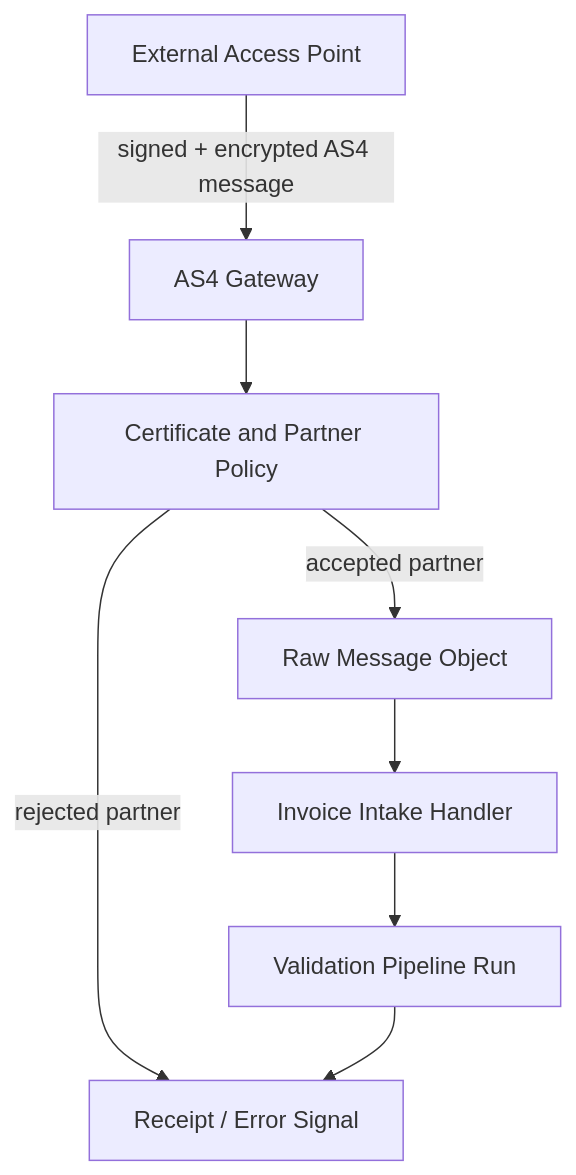
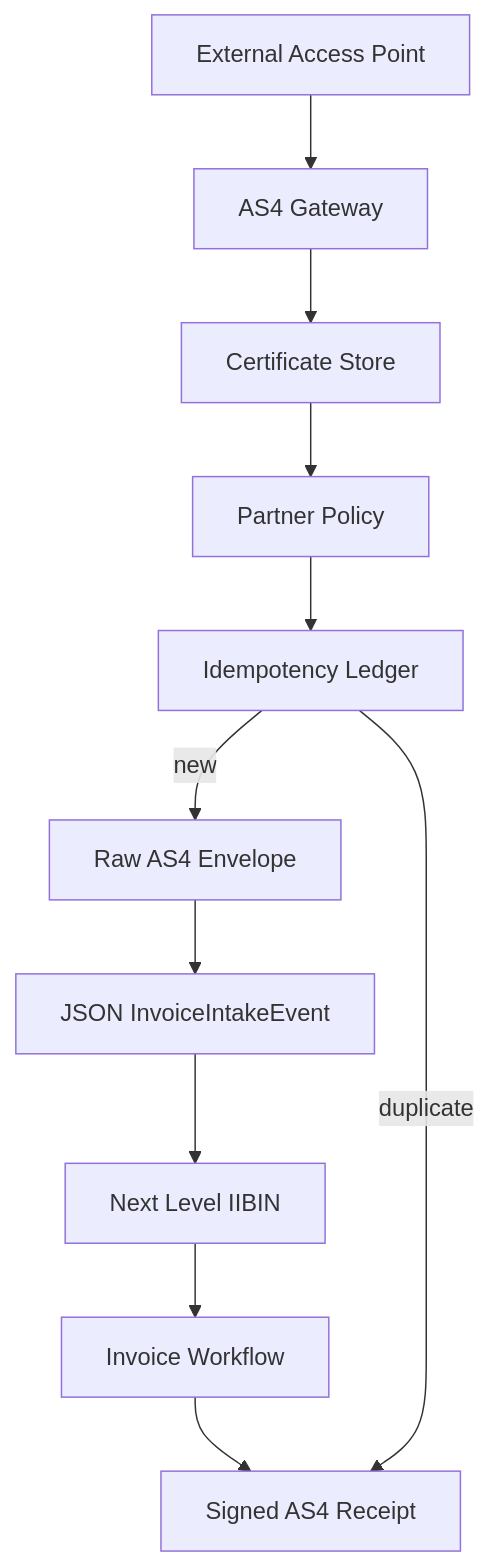
Before and after one commit to Intelligent-Intern/king: the third of 12 diagrams in docs/e-invoicing-commerce-platform.md, drawn with Mermaid. The commit also changed other lines of this file and 67 other files, not shown here.

````diff
--- a/docs/e-invoicing-commerce-platform.md
+++ b/docs/e-invoicing-commerce-platform.md
@@ -96,18 +127,18 @@
 ```mermaid
 flowchart TB
     AP[External Access Point]
-    AS4[AS4 Gateway]
-    Auth[Certificate and Partner Policy]
-    Raw[Raw Message Object]
-    Intake[Invoice Intake Handler]
-    Ack[Receipt / Error Signal]
-    Queue[Validation Pipeline Run]
+    Gateway[AS4 Gateway]
+    Certs[Certificate Store]
+    Policy[Partner Policy]
+    Idem[Idempotency Ledger]
+    Raw[Raw AS4 Envelope]
+    Json[JSON InvoiceIntakeEvent]
+    Iibin[Next Level IIBIN]
+    Workflow[Invoice Workflow]
+    Receipt[Signed AS4 Receipt]
 
-    AP -->|signed + encrypted AS4 message| AS4
-    AS4 --> Auth
-    Auth -->|accepted partner| Raw
-    Auth -->|rejected partner| Ack
-    Raw --> Intake
-    Intake --> Queue
-    Queue --> Ack
+    AP --> Gateway
+    Gateway --> Certs --> Policy --> Idem
+    Idem -->|new| Raw --> Json --> Iibin --> Workflow --> Receipt
+    Idem -->|duplicate| Receipt
 ```
````
